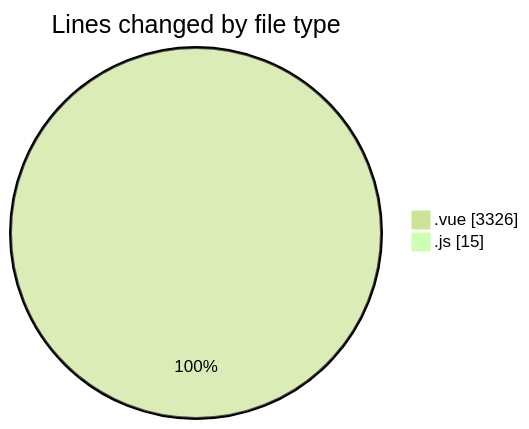
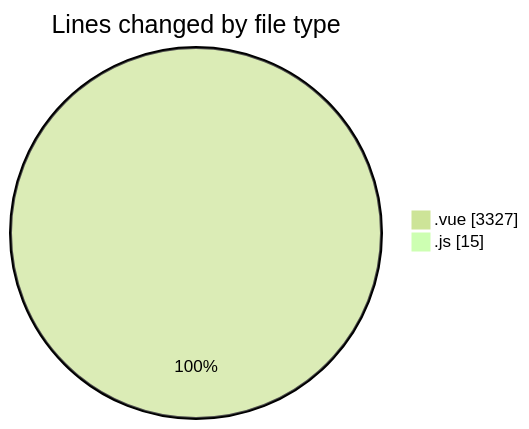
The first of 2 diagrams in 2025-03-14/lumine-web/README.md (robertbonfada/code-tracking), drawn with Mermaid (forest theme) before and after one commit. The commit also changed other lines of this file and 1 other file, not shown here.

````diff
--- a/2025-03-14/lumine-web/README.md
+++ b/2025-03-14/lumine-web/README.md
@@ -32,6 +32,6 @@
 ```mermaid
 pie showData
 title Lines changed by file type
-".vue" : 3326
+".vue" : 3327
 ".js" : 15
 ```
````
